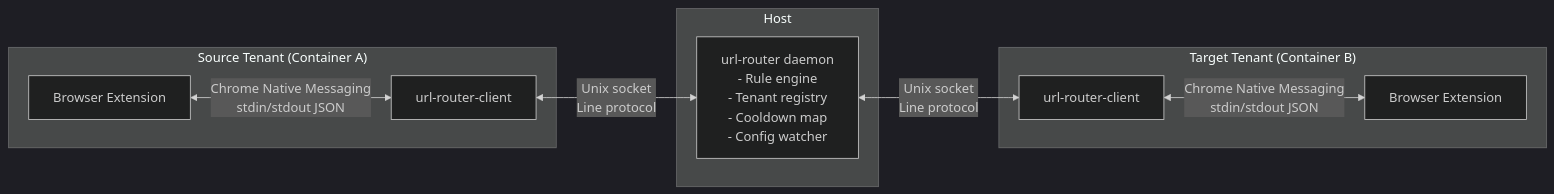
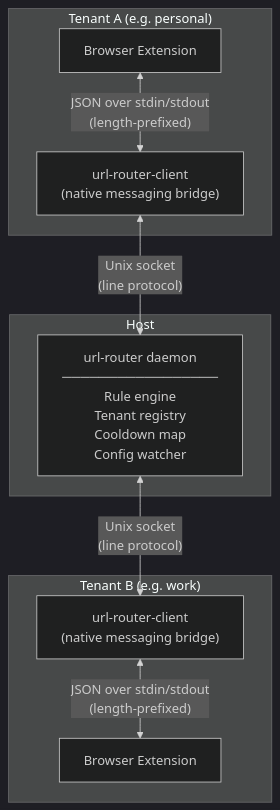
Before and after one commit to andersfugmann/multi-tenant: the first of 2 diagrams in README.md, drawn with Mermaid (dark theme). The commit also changed other lines of this file, not shown here.

First line of the commit message:
Rewrite README with accurate install/config/architecture docs

````diff
--- a/README.md
+++ b/README.md
@@ -187,17 +16,21 @@
 ```mermaid
-graph LR
-    subgraph "Source Tenant (Container A)"
-        A1[Browser Extension] <-->|Chrome Native Messaging<br/>stdin/stdout JSON| A2[url-router-client]
+graph TB
+    subgraph "Tenant A (e.g. personal)"
+        A_EXT["Browser Extension"]
+        A_BRIDGE["url-router-client<br/>(native messaging bridge)"]
+        A_EXT <-->|"JSON over stdin/stdout<br/>(length-prefixed)"| A_BRIDGE
     end
 
     subgraph "Host"
-        D[url-router daemon<br/>- Rule engine<br/>- Tenant registry<br/>- Cooldown map<br/>- Config watcher]
+        DAEMON["url-router daemon<br/>─────────────────<br/>Rule engine<br/>Tenant registry<br/>Cooldown map<br/>Config watcher"]
     end
 
-    subgraph "Target Tenant (Container B)"
-        B2[url-router-client] <-->|Chrome Native Messaging<br/>stdin/stdout JSON| B1[Browser Extension]
+    subgraph "Tenant B (e.g. work)"
+        B_BRIDGE["url-router-client<br/>(native messaging bridge)"]
+        B_EXT["Browser Extension"]
+        B_BRIDGE <-->|"JSON over stdin/stdout<br/>(length-prefixed)"| B_EXT
     end
 
-    A2 <-->|Unix socket<br/>Line protocol| D
-    D <-->|Unix socket<br/>Line protocol| B2
+    A_BRIDGE <-->|"Unix socket<br/>(line protocol)"| DAEMON
+    DAEMON <-->|"Unix socket<br/>(line protocol)"| B_BRIDGE
 ```
````
